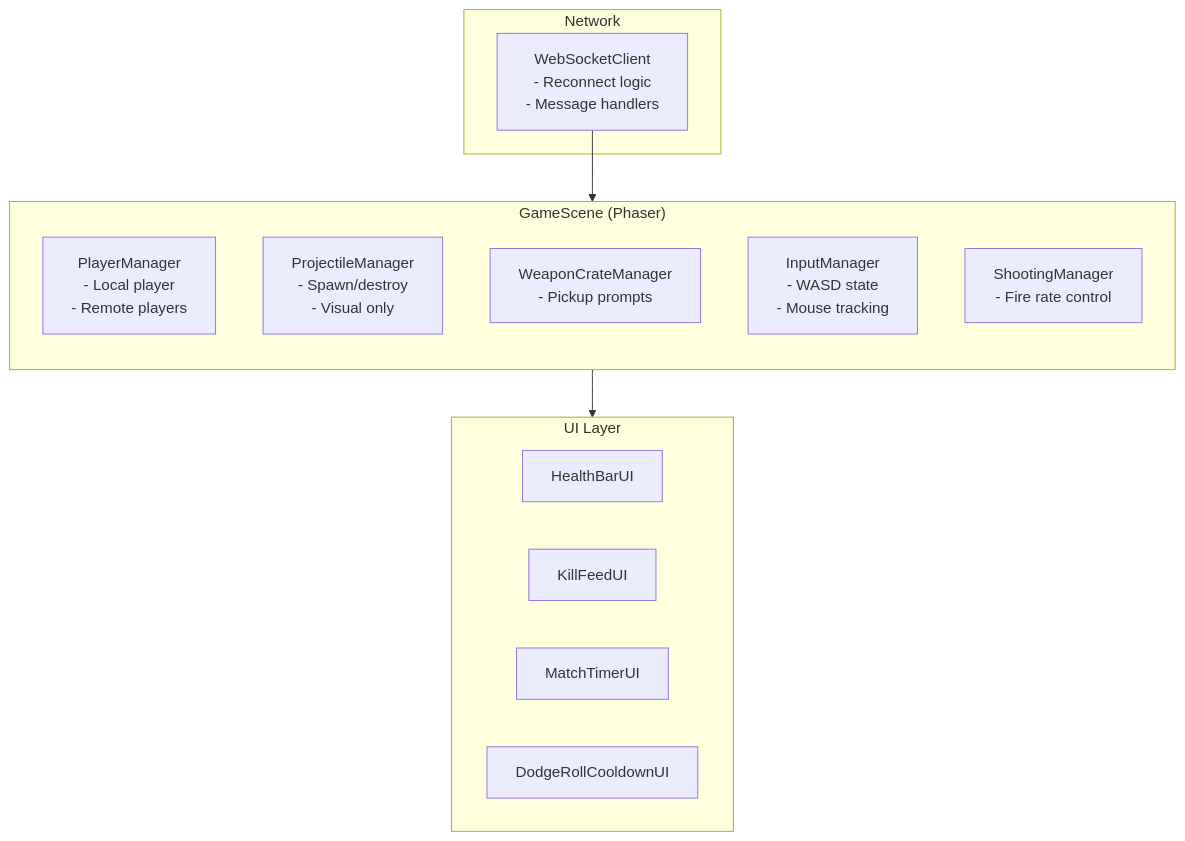
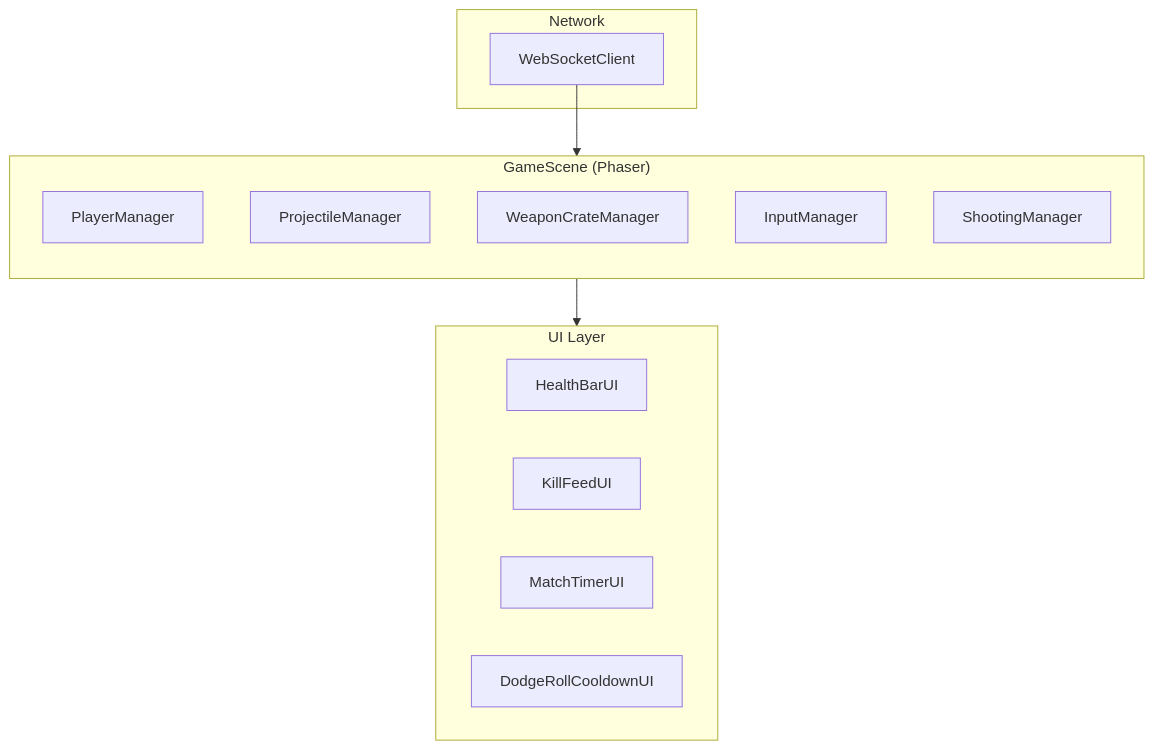
The fifth of 11 diagrams in docs/ARCHITECTURE.md (mtomcal/stick-rumble), drawn with Mermaid before and after one commit. The commit also changed other lines of this file and 2 other files, not shown here.

First line of the commit message:
docs: Fix Mermaid diagrams for GitHub rendering

````diff
--- a/docs/ARCHITECTURE.md
+++ b/docs/ARCHITECTURE.md
@@ -124,25 +124,25 @@
 ```mermaid
 flowchart TB
     subgraph GameScene["GameScene (Phaser)"]
         direction TB
-        PlayerManager["PlayerManager\n- Local player\n- Remote players"]
-        ProjectileManager["ProjectileManager\n- Spawn/destroy\n- Visual only"]
-        WeaponCrateManager["WeaponCrateManager\n- Pickup prompts"]
-        InputManager["InputManager\n- WASD state\n- Mouse tracking"]
-        ShootingManager["ShootingManager\n- Fire rate control"]
+        PlayerManager["PlayerManager"]
+        ProjectileManager["ProjectileManager"]
+        WeaponCrateManager["WeaponCrateManager"]
+        InputManager["InputManager"]
+        ShootingManager["ShootingManager"]
     end
 
     subgraph UI["UI Layer"]
         HealthBarUI["HealthBarUI"]
         KillFeedUI["KillFeedUI"]
         MatchTimerUI["MatchTimerUI"]
         DodgeRollUI["DodgeRollCooldownUI"]
     end
 
     subgraph Network["Network"]
-        WebSocketClient["WebSocketClient\n- Reconnect logic\n- Message handlers"]
+        WebSocketClient["WebSocketClient"]
     end
 
     WebSocketClient --> GameScene
     GameScene --> UI
 ```
````
